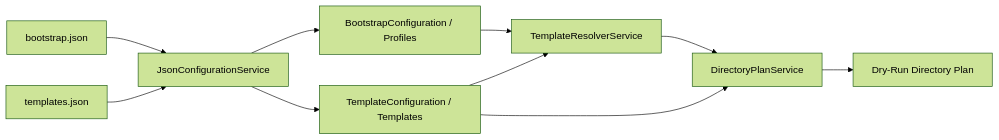
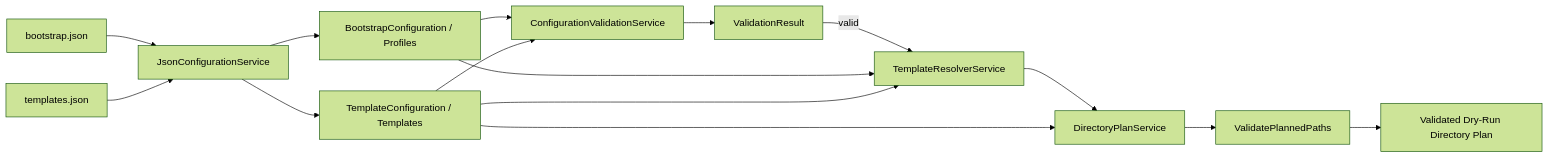
Before and after one commit to ChrisLThompson/CareerOS.Bootstrap: the diagram in Documentation/References/CONFIGURATION_REFERENCE.md, drawn with Mermaid (forest theme). The commit also changed other lines of this file and 15 other files, not shown here.

````diff
--- a/Documentation/References/CONFIGURATION_REFERENCE.md
+++ b/Documentation/References/CONFIGURATION_REFERENCE.md
@@ -652,27 +649,37 @@
 ```mermaid
 flowchart LR
     Bootstrap["bootstrap.json"]
     Templates["templates.json"]
 
     Loader["JsonConfigurationService"]
     ProfileModels["BootstrapConfiguration / Profiles"]
     TemplateModels["TemplateConfiguration / Templates"]
 
+    Validator["ConfigurationValidationService"]
+    Validation["ValidationResult"]
+
     Resolver["TemplateResolverService"]
     Planner["DirectoryPlanService"]
-    Output["Dry-Run Directory Plan"]
+    Containment["ValidatePlannedPaths"]
+    Output["Validated Dry-Run Directory Plan"]
 
     Bootstrap --> Loader
     Templates --> Loader
 
     Loader --> ProfileModels
     Loader --> TemplateModels
 
+    ProfileModels --> Validator
+    TemplateModels --> Validator
+    Validator --> Validation
+
+    Validation -->|"valid"| Resolver
     ProfileModels --> Resolver
     TemplateModels --> Resolver
 
     Resolver --> Planner
     TemplateModels --> Planner
 
-    Planner --> Output
+    Planner --> Containment
+    Containment --> Output
 ```
````
